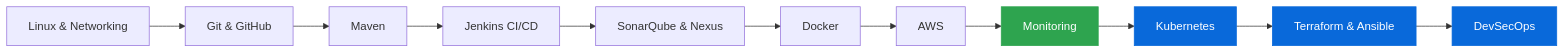
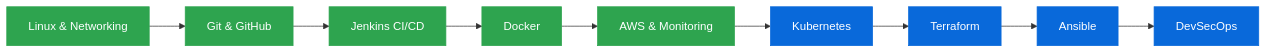
One commit to surendra-kumar-07/surendra-kumar-07 changed the fourth of 4 diagrams in README.md. Above: the diagram before and after it, drawn with Mermaid. The commit also changed other lines of this file, not shown here.

````diff
--- a/README.md
+++ b/README.md
@@ -181,8 +280,7 @@
 ```mermaid
 flowchart LR
-    A[Linux & Networking] --> B[Git & GitHub] --> C[Maven] --> D[Jenkins CI/CD]
-    D --> E[SonarQube & Nexus] --> F[Docker] --> G[AWS]
-    G --> H[Monitoring]:::done --> I[Kubernetes]:::next --> J[Terraform & Ansible]:::next --> K[DevSecOps]:::next
+    A[Linux & Networking]:::done --> B[Git & GitHub]:::done --> C[Jenkins CI/CD]:::done --> D[Docker]:::done --> E[AWS & Monitoring]:::done
+    E --> F[Kubernetes]:::next --> G[Terraform]:::next --> H[Ansible]:::next --> I[DevSecOps]:::next
     classDef done fill:#2ea44f,color:#fff,stroke:#2ea44f
     classDef next fill:#0969da,color:#fff,stroke:#0969da
 ```
````
